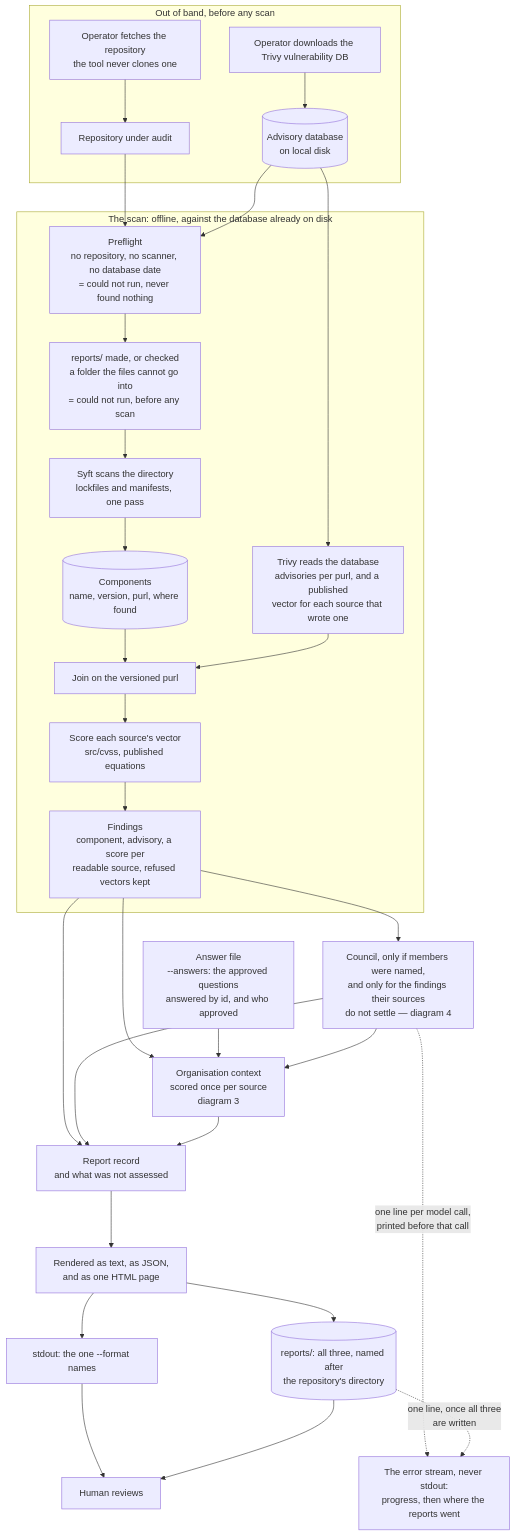
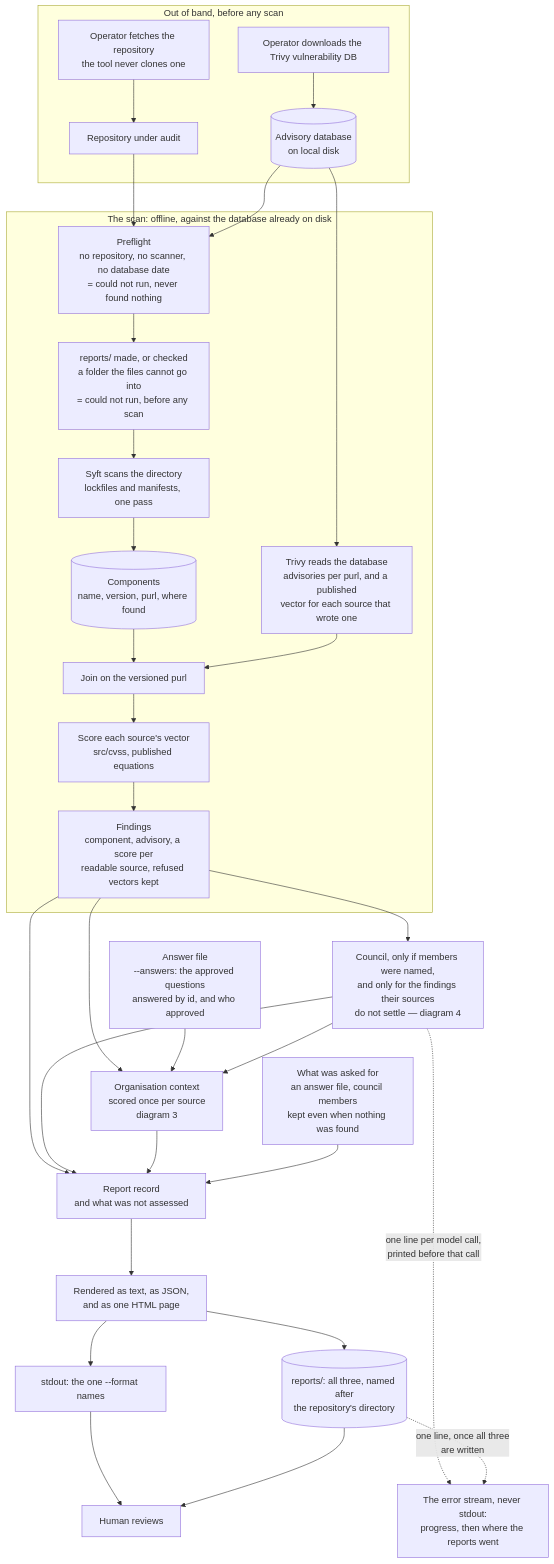
Before and after one commit to heinthtnaung/AgenticLLMAppAuditor: the first of 5 diagrams in docs/diagrams.md, drawn with Mermaid. The commit also changed other lines of this file and 6 other files, not shown here.

First line of the commit message:
Say nothing was found to weigh or put, not that nobody asked

````diff
--- a/docs/diagrams.md
+++ b/docs/diagrams.md
@@ -36,38 +36,39 @@
 ```mermaid
 flowchart TD
     subgraph OOB["Out of band, before any scan"]
         fetch["Operator downloads the Trivy vulnerability DB"] --> adb[("Advisory database<br/>on local disk")]
         get["Operator fetches the repository<br/>the tool never clones one"] --> repo["Repository under audit"]
     end
 
     subgraph SCAN["The scan: offline, against the database already on disk"]
         pre["Preflight<br/>no repository, no scanner, no database date<br/>= could not run, never found nothing"]
         repo --> pre
         pre --> rdir["reports/ made, or checked<br/>a folder the files cannot go into<br/>= could not run, before any scan"]
         rdir --> syft["Syft scans the directory<br/>lockfiles and manifests, one pass"]
         syft --> comp[("Components<br/>name, version, purl, where found")]
         trivy["Trivy reads the database<br/>advisories per purl, and a published<br/>vector for each source that wrote one"]
         comp --> join["Join on the versioned purl"]
         trivy --> join
         join --> asm["Score each source's vector<br/>src/cvss, published equations"]
         asm --> fin["Findings<br/>component, advisory, a score per<br/>readable source, refused vectors kept"]
     end
 
     adb --> pre
     adb --> trivy
 
     fin --> cou["Council, only if members were named,<br/>and only for the findings their sources<br/>do not settle — diagram 4"]
     fin --> ctx["Organisation context<br/>scored once per source<br/>diagram 3"]
     ans["Answer file<br/>--answers: the approved questions<br/>answered by id, and who approved"] --> ctx
     cou --> ctx
     fin --> rec["Report record<br/>and what was not assessed"]
     cou --> rec
     ctx --> rec
+    asked["What was asked for<br/>an answer file, council members<br/>kept even when nothing was found"] --> rec
     rec --> rnd["Rendered as text, as JSON,<br/>and as one HTML page"]
     rnd --> out["stdout: the one --format names"]
     rnd --> saved[("reports/: all three, named after<br/>the repository's directory")]
     out --> hum["Human reviews"]
     saved --> hum
     cou -. "one line per model call,<br/>printed before that call" .-> err["The error stream, never stdout:<br/>progress, then where the reports went"]
     saved -. "one line, once all three<br/>are written" .-> err
 ```
````
